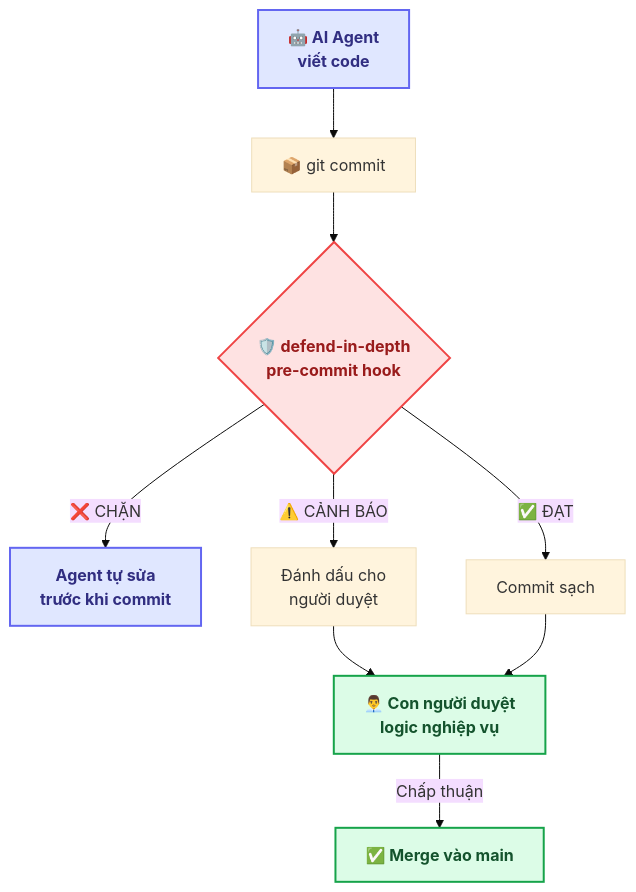
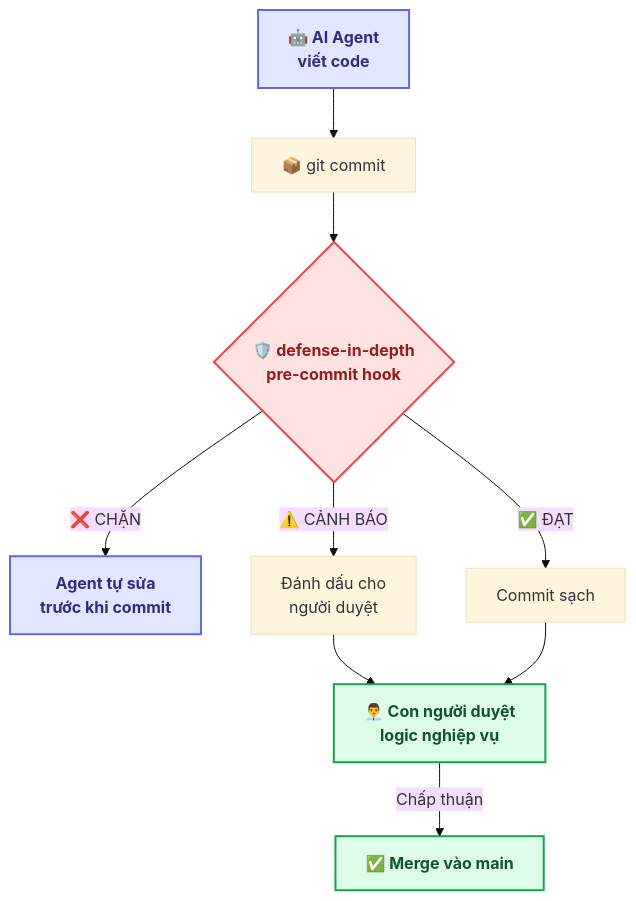
One commit to tamld/defend-in-depth changed the diagram in README.vi.md. Above: the diagram before and after it, drawn with Mermaid (base theme). The commit also changed other lines of this file and 40 other files, not shown here.

Commit message:
chore: global rename to defense-in-depth

````diff
--- a/README.vi.md
+++ b/README.vi.md
@@ -77,15 +77,15 @@
 ```mermaid
 flowchart TD
     classDef agent fill:#e0e7ff,stroke:#6366f1,stroke-width:2px,color:#312e81,font-weight:bold;
     classDef guard fill:#fee2e2,stroke:#ef4444,stroke-width:2px,color:#991b1b,font-weight:bold;
     classDef human fill:#dcfce7,stroke:#16a34a,stroke-width:2px,color:#14532d,font-weight:bold;
 
     A["🤖 AI Agent<br/>viết code"]:::agent --> B["📦 git commit"]
-    B --> C{"🛡️ defend-in-depth<br/>pre-commit hook"}:::guard
+    B --> C{"🛡️ defense-in-depth<br/>pre-commit hook"}:::guard
     C -->|"❌ CHẶN"| D["Agent tự sửa<br/>trước khi commit"]:::agent
     C -->|"⚠️ CẢNH BÁO"| E["Đánh dấu cho<br/>người duyệt"]
     C -->|"✅ ĐẠT"| F["Commit sạch"]
     E --> G["👨‍💼 Con người duyệt<br/>logic nghiệp vụ"]:::human
     F --> G
     G -->|"Chấp thuận"| H["✅ Merge vào main"]:::human
 ```
````
